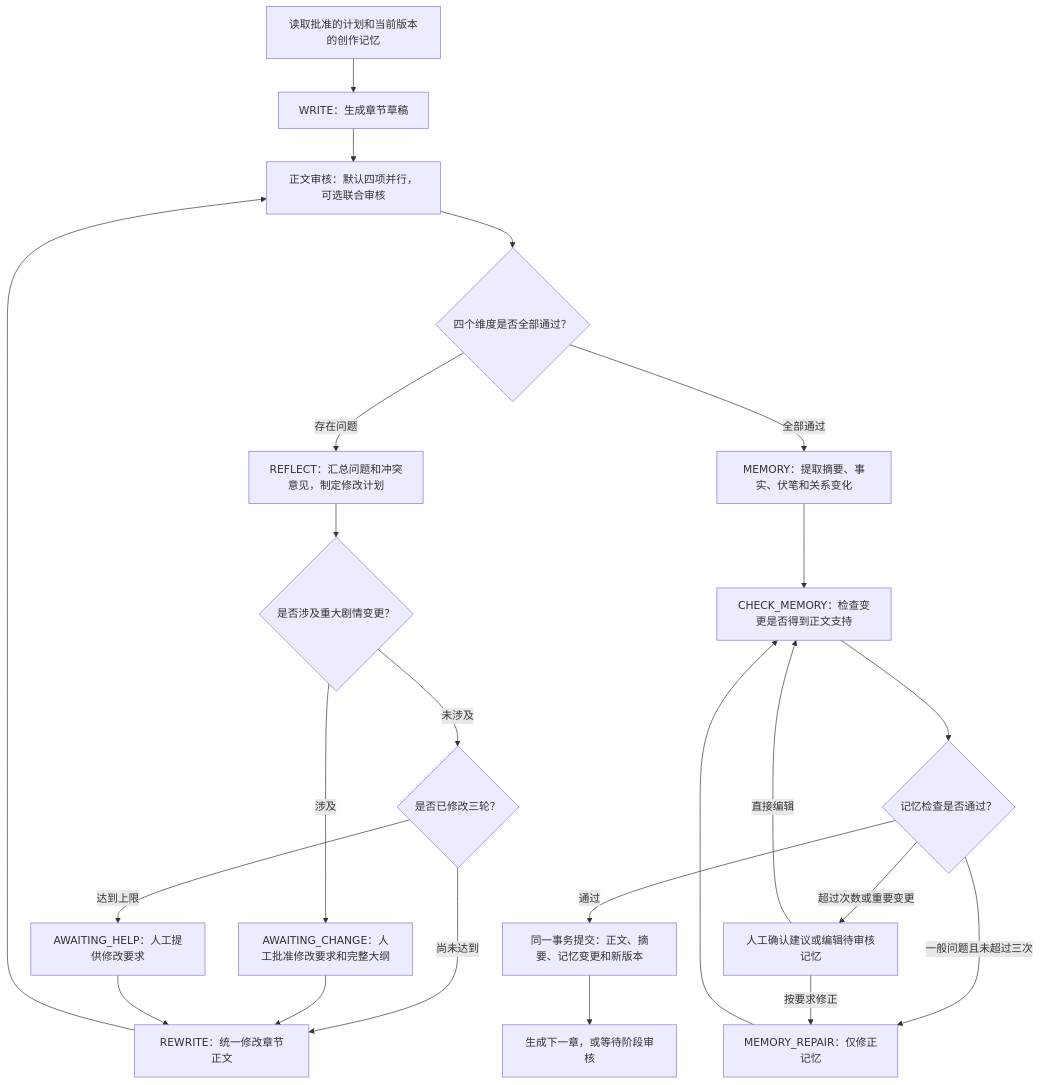
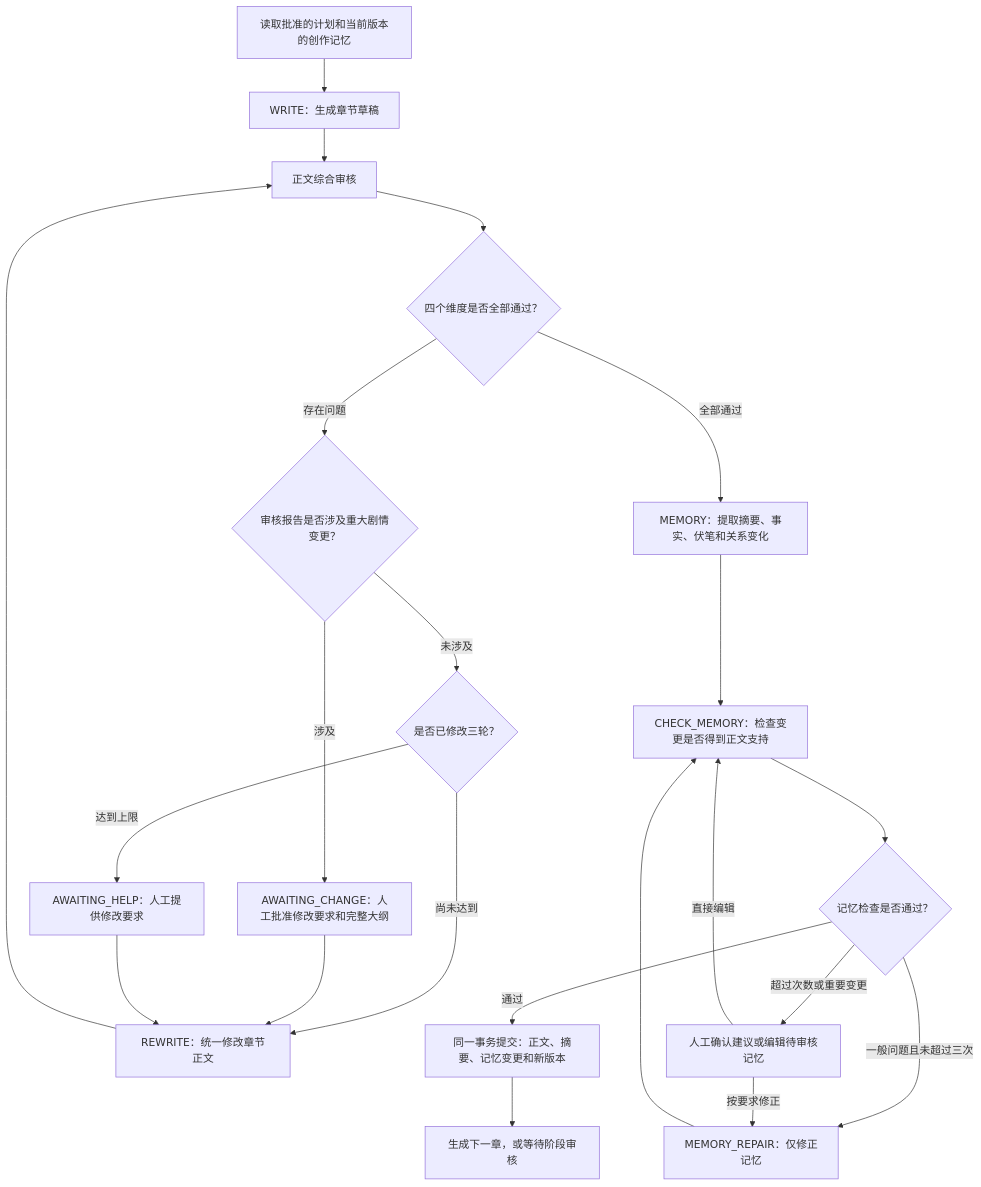
Before and after one commit to ccii1/novel-agent: the sixth of 11 diagrams in README.md, drawn with Mermaid. The commit also changed other lines of this file and 37 other files, not shown here.

````diff
--- a/README.md
+++ b/README.md
@@ -227,25 +221,24 @@
 ```mermaid
 flowchart TD
     Context["读取批准的计划和当前版本的创作记忆"] --> Write["WRITE：生成章节草稿"]
-    Write --> Joint["正文审核：默认四项并行，可选联合审核"]
+    Write --> Joint["正文综合审核"]
     Joint --> Passed{"四个维度是否全部通过？"}
-    Passed -->|存在问题| Reflect["REFLECT：汇总问题和冲突意见，制定修改计划"]
-    Reflect --> Major{"是否涉及重大剧情变更？"}
+    Passed -->|存在问题| Major{"审核报告是否涉及重大剧情变更？"}
     Major -->|涉及| HumanMajor["AWAITING_CHANGE：人工批准修改要求和完整大纲"]
     Major -->|未涉及| Limit{"是否已修改三轮？"}
     Limit -->|达到上限| HumanHelp["AWAITING_HELP：人工提供修改要求"]
     Limit -->|尚未达到| Rewrite["REWRITE：统一修改章节正文"]
     HumanMajor --> Rewrite
     HumanHelp --> Rewrite
     Rewrite --> Joint
     Passed -->|全部通过| Extract["MEMORY：提取摘要、事实、伏笔和关系变化"]
     Extract --> MemoryCheck["CHECK_MEMORY：检查变更是否得到正文支持"]
     MemoryCheck --> MemoryPassed{"记忆检查是否通过？"}
     MemoryPassed -->|一般问题且未超过三次| Repair["MEMORY_REPAIR：仅修正记忆"]
     Repair --> MemoryCheck
     MemoryPassed -->|超过次数或重要变更| MemoryHelp["人工确认建议或编辑待审核记忆"]
     MemoryHelp -->|按要求修正| Repair
     MemoryHelp -->|直接编辑| MemoryCheck
     MemoryPassed -->|通过| Commit["同一事务提交：正文、摘要、记忆变更和新版本"]
     Commit --> Next["生成下一章，或等待阶段审核"]
 ```
````
